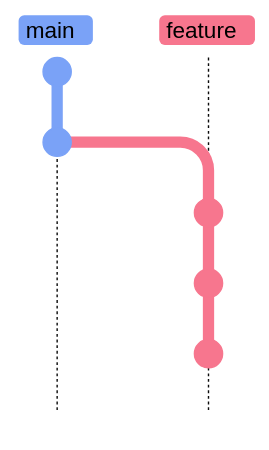
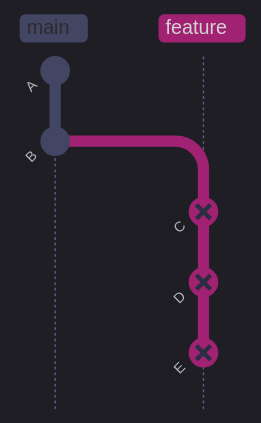
One commit to alp78/elysium changed the tenth of 12 diagrams in content/08-Git/04-merge-vs-rebase-vs-squash.md. Above: the diagram before and after it, drawn with Mermaid. The commit also changed other lines of this file and 4 other files, not shown here.

````diff
--- a/content/08-Git/04-merge-vs-rebase-vs-squash.md
+++ b/content/08-Git/04-merge-vs-rebase-vs-squash.md
@@ -351,11 +687,22 @@
 ```mermaid
-%%{init: {'theme': 'base', 'themeVariables': {'git0': '#7aa2f7', 'git1': '#f7768e', 'git2': '#9ece6a', 'git3': '#e0af68', 'git4': '#bb9af7', 'gitBranchLabel0': '#000000', 'gitBranchLabel1': '#000000', 'gitBranchLabel2': '#000000', 'gitBranchLabel3': '#000000', 'commitLabelColor': '#ffffff', 'commitLabelBackground': 'transparent', 'commitLabelFontSize': '14px', 'tagLabelColor': '#000000', 'tagLabelBackground': '#c0caf5'}, 'gitGraph': {'mainBranchName': 'main'}} }%%
+%%{init: {'theme': 'dark', 'themeVariables': {
+  'primaryColor': '#292e42',
+  'primaryTextColor': '#c0caf5',
+  'primaryBorderColor': '#565f89',
+  'lineColor': '#565f89',
+  'secondaryColor': '#1a1b26',
+  'tertiaryColor': '#24283b',
+  'noteTextColor': '#c0caf5',
+  'noteBkgColor': '#292e42',
+  'textColor': '#c0caf5',
+  'fontSize': '14px'
+}, 'gitGraph': {'mainBranchName': 'main'}}}%%
 gitGraph TB:
   commit id: "A"
   commit id: "B"
   branch feature
-  commit id: "wip"
-  commit id: "fix typo"
-  commit id: "fix again"
+  commit id: "C" type: REVERSE
+  commit id: "D" type: REVERSE
+  commit id: "E" type: REVERSE
   checkout main
 ```
````
